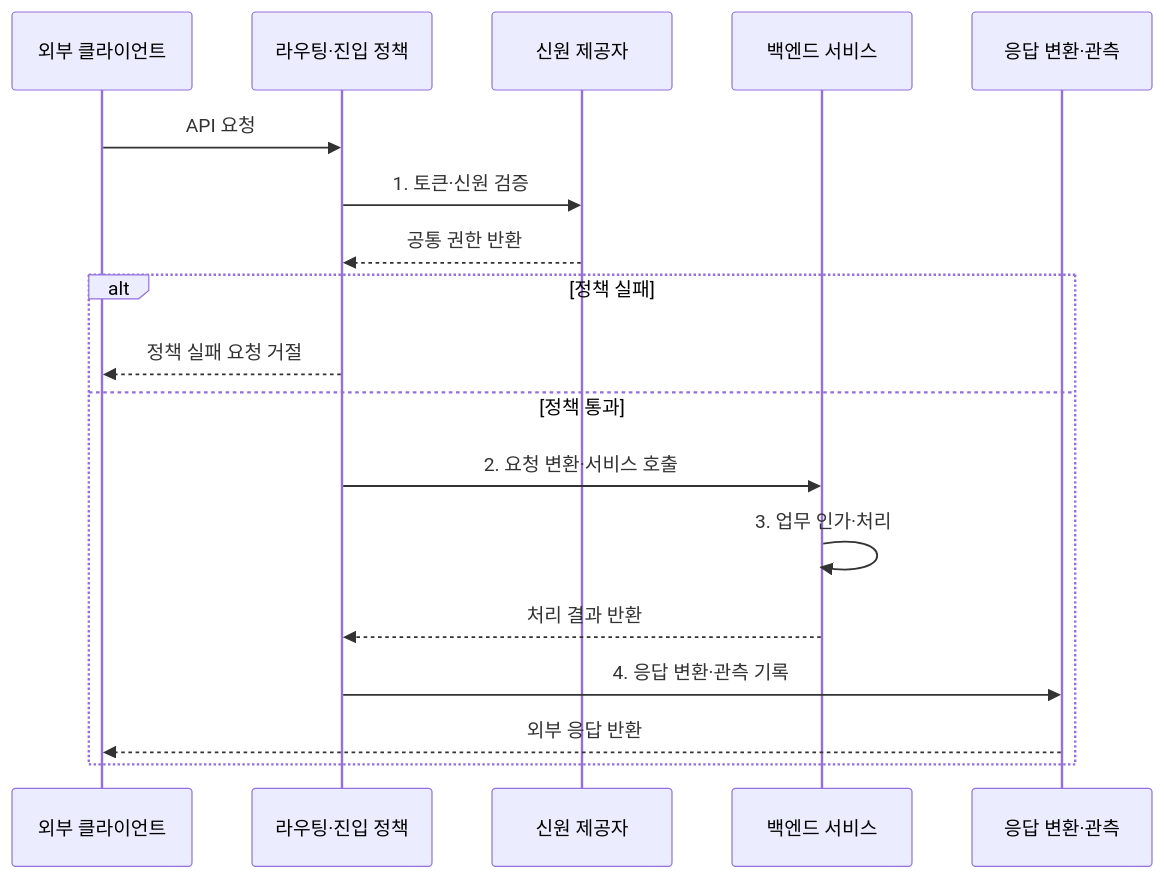
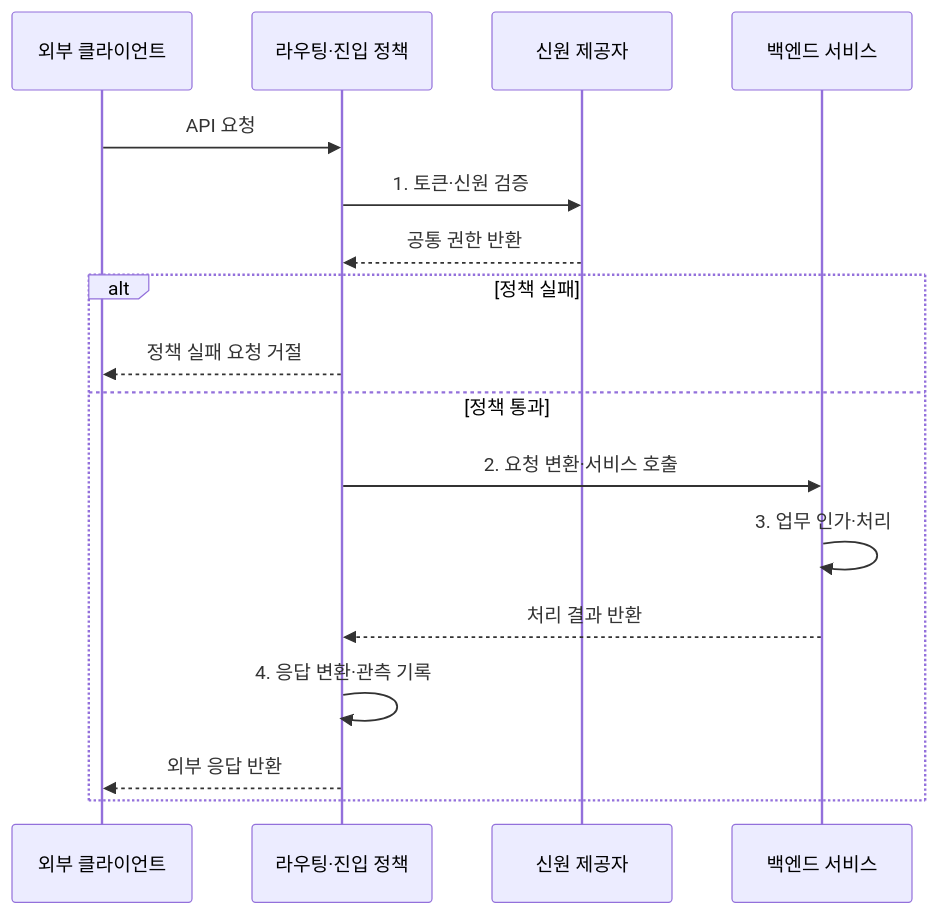
One commit to agnusdei1207/knowledge-base changed the second of 2 diagrams in src/content/docs/notes/03-software/040_api_gateway.md. Above: the diagram before and after it, drawn with Mermaid. The commit also changed 6 other files, not shown here.

Commit message:
Trim software design diagram actors

````diff
--- a/src/content/docs/notes/03-software/040_api_gateway.md
+++ b/src/content/docs/notes/03-software/040_api_gateway.md
@@ -105,20 +105,19 @@
 ```mermaid
 sequenceDiagram
     participant C as 외부 클라이언트
     participant G as 라우팅·진입 정책
     participant I as 신원 제공자
     participant S as 백엔드 서비스
-    participant O as 응답 변환·관측
     C->>G: API 요청
     G->>I: 1. 토큰·신원 검증
     I-->>G: 공통 권한 반환
     alt 정책 실패
         G-->>C: 정책 실패 요청 거절
     else 정책 통과
         G->>S: 2. 요청 변환·서비스 호출
         S->>S: 3. 업무 인가·처리
         S-->>G: 처리 결과 반환
-        G->>O: 4. 응답 변환·관측 기록
-        O-->>C: 외부 응답 반환
+        G->>G: 4. 응답 변환·관측 기록
+        G-->>C: 외부 응답 반환
     end
 ```
````
